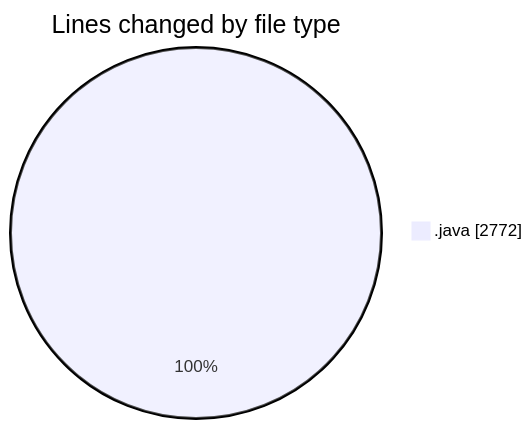
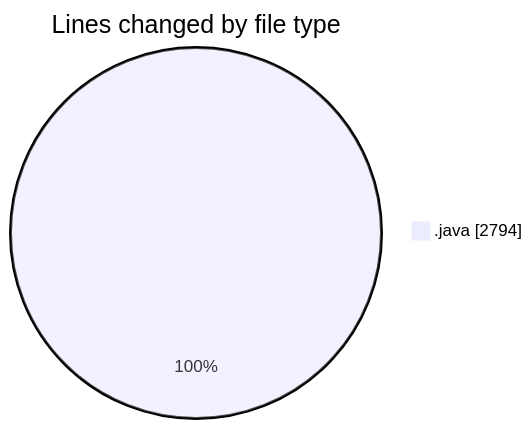
The first of 2 diagrams in 2025-02-21/projet/README.md (Elitesun/code-tracking), drawn with Mermaid before and after one commit. The commit also changed other lines of this file and 1 other file, not shown here.

````diff
--- a/2025-02-21/projet/README.md
+++ b/2025-02-21/projet/README.md
@@ -31,5 +31,5 @@
 ```mermaid
 pie showData
 title Lines changed by file type
-".java" : 2772
+".java" : 2794
 ```
````
